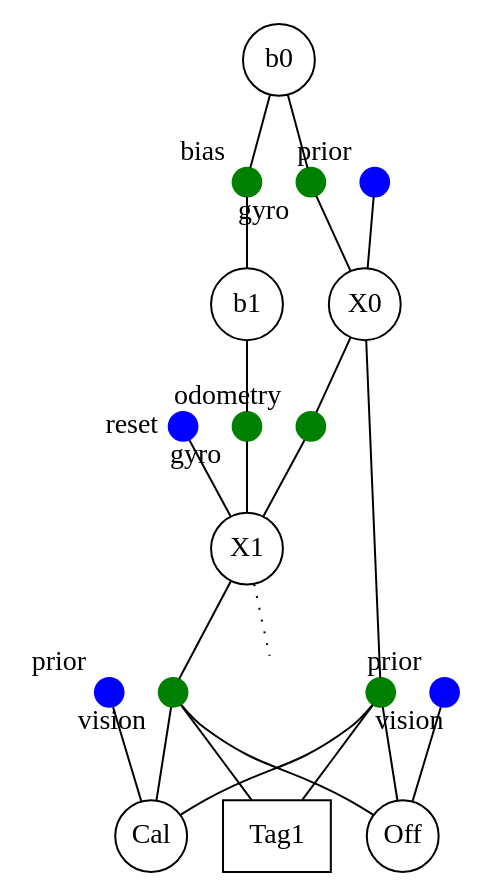
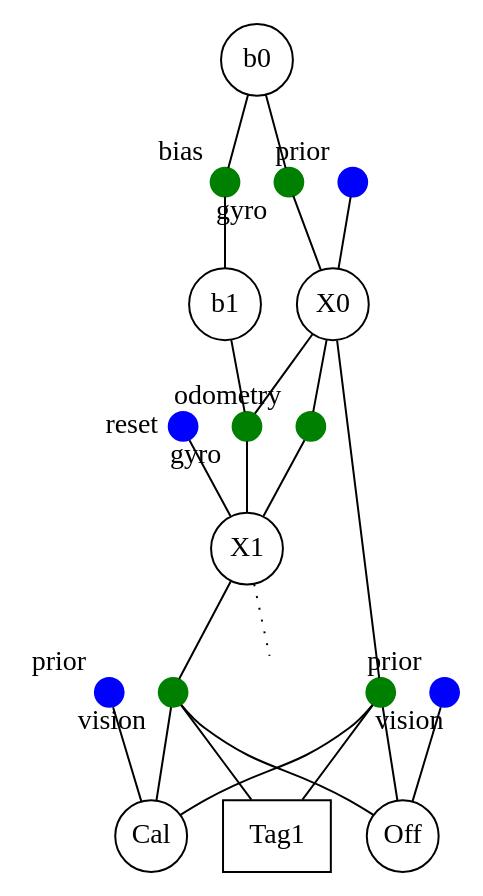
The diagram in raspberry_pi/doc/gtsam_model.dot (Team100/all24), drawn with Graphviz before and after one commit.

Commit message:
update gyro factor pic

```diff
--- a/raspberry_pi/doc/gtsam_model.dot
+++ b/raspberry_pi/doc/gtsam_model.dot
@@ -1,47 +1,48 @@
 /**
  * To render this file, install the tintinweb Graphviz preview extension and click
  * the little "DOT" that appears in the upper right.  Choose the "FDP" engine,
  * which notices the "pos" parameter.
  */
 graph {
     Xp [color = "blue";shape = "point";width = "0.2";xlabel = "prior";];
     X0 [label = "X0";shape = "circle";pos = "10,12!";margin = -0.1;];
     O0 [color = "green";shape = "point";width = "0.2";xlabel = "odometry";];
     X1 [label = "X1";shape = "circle";pos = "12,12!";margin = -0.1;];
     Xe [label = "";shape = "none";pos = "13,12!";];
     t0 [label = "Tag1";shape = "box";pos = "11,15!";];
     c0 [label = "Off";shape = "circle";margin = -0.1;pos = "11,14!";];
     cp [color = "blue";shape = "point";width = "0.2";pos = "12,14!";xlabel = "prior";];
     k0 [label = "Cal";shape = "circle";margin = -0.1;pos = "11,13!";];
     kp [color = "blue";shape = "point";width = "0.2";pos = "10,13!";xlabel = "prior";];
     v0 [color = "green";shape = "point";width = "0.2";xlabel = "vision";];
     v1 [color = "green";shape = "point";width = "0.2";xlabel = "vision ";];
     g0 [color = "green";shape = "point";width = "0.2";xlabel = "gyro";];
     g1 [color = "green";shape = "point";width = "0.2";xlabel = "gyro ";];
     b0 [label = "b0";shape = "circle";pos = "10,10!";margin = -0.1;];
     b1 [label = "b1";shape = "circle";pos = "12,10!";margin = -0.1;];
     bb [color = "green";shape = "point";width = "0.2";xlabel = "bias";];
     br [color = "blue";shape = "point";width = "0.2";xlabel = "reset";];
     
     Xp -- X0;
     X0 -- O0;
     O0 -- X1;
     X1 -- Xe [style = "dotted";];
     X0 -- v0;
+    X0 -- g1;
     X1 -- v1;
     v0 -- t0;
     v1 -- t0;
     cp -- c0;
     v0 -- c0;
     v1 -- c0;
     kp -- k0;
     v0 -- k0;
     v1 -- k0;
     g0 -- X0;
     g1 -- X1;
     b0 -- g0;
     b1 -- g1;
     b0 -- bb;
     bb -- b1;
     br -- X1;
 }
```
